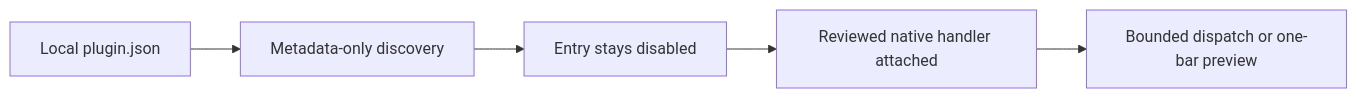
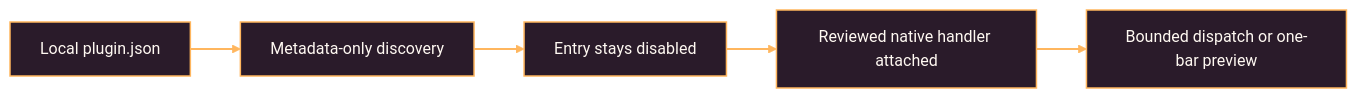
Before and after one commit to Ivan-VHS/VentuSample: the second of 2 diagrams in README.md, drawn with Mermaid. The commit also changed other lines of this file, not shown here.

````diff
--- a/README.md
+++ b/README.md
@@ -35,7 +43,10 @@
 ```mermaid
 flowchart LR
     A[Local plugin.json] --> B[Metadata-only discovery]
     B --> C[Entry stays disabled]
     C --> D[Reviewed native handler attached]
     D --> E[Bounded dispatch or one-bar preview]
+  classDef readmeNode fill:#2A1B2A,stroke:#FFB65E,color:#FFF9F2,stroke-width:1.5px;
+  class A,B,C,D,E readmeNode;
+  linkStyle default stroke:#FFB65E,stroke-width:1.8px;
 ```
````
